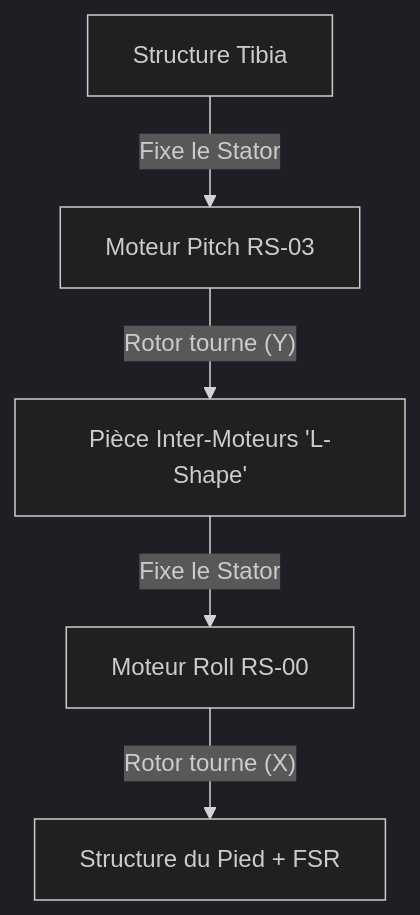
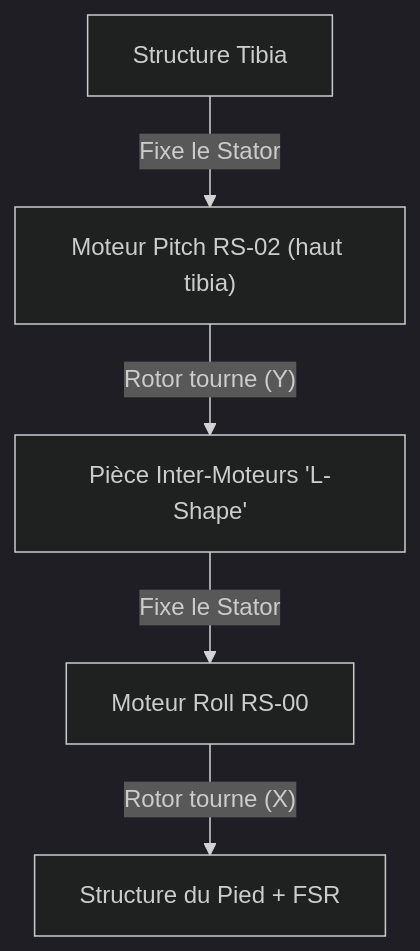
One commit to d-sergent/dbot-documentation changed the diagram in 03_Montage_Mecanique.md. Above: the diagram before and after it, drawn with Mermaid (dark theme). The commit also changed other lines of this file and 5 other files, not shown here.

````diff
--- a/03_Montage_Mecanique.md
+++ b/03_Montage_Mecanique.md
@@ -114,7 +114,7 @@
 ```mermaid
 graph TD
-    Tibia["Structure Tibia"] -->|Fixe le Stator| Pitch["Moteur Pitch RS-03"]
+    Tibia["Structure Tibia"] -->|Fixe le Stator| Pitch["Moteur Pitch RS-02 (haut tibia)"]
     Pitch -->|"Rotor tourne (Y)"| Bracket["Pièce Inter-Moteurs 'L-Shape'"]
     Bracket -->|Fixe le Stator| Roll["Moteur Roll RS-00"]
     Roll -->|"Rotor tourne (X)"| Pied["Structure du Pied + FSR"]
 ```
````
